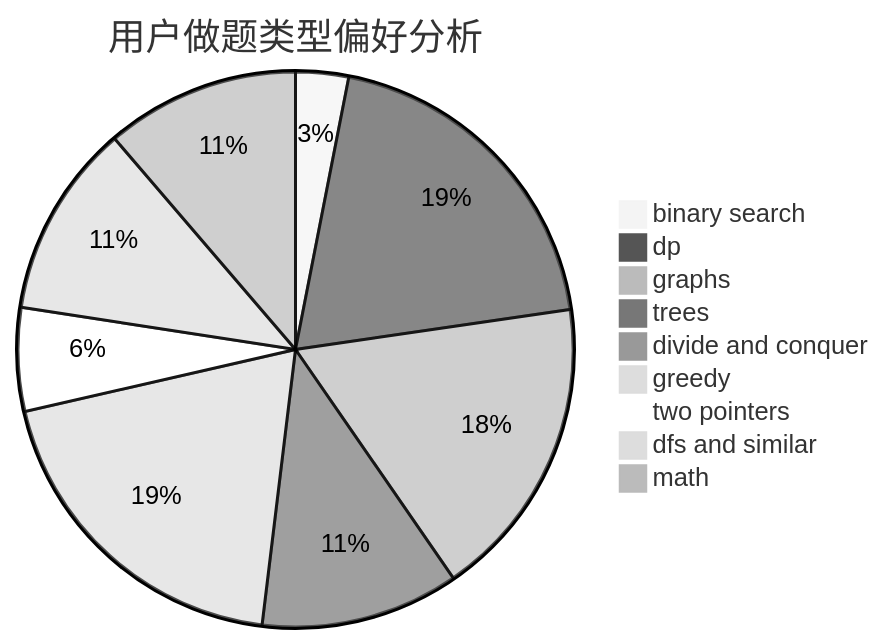
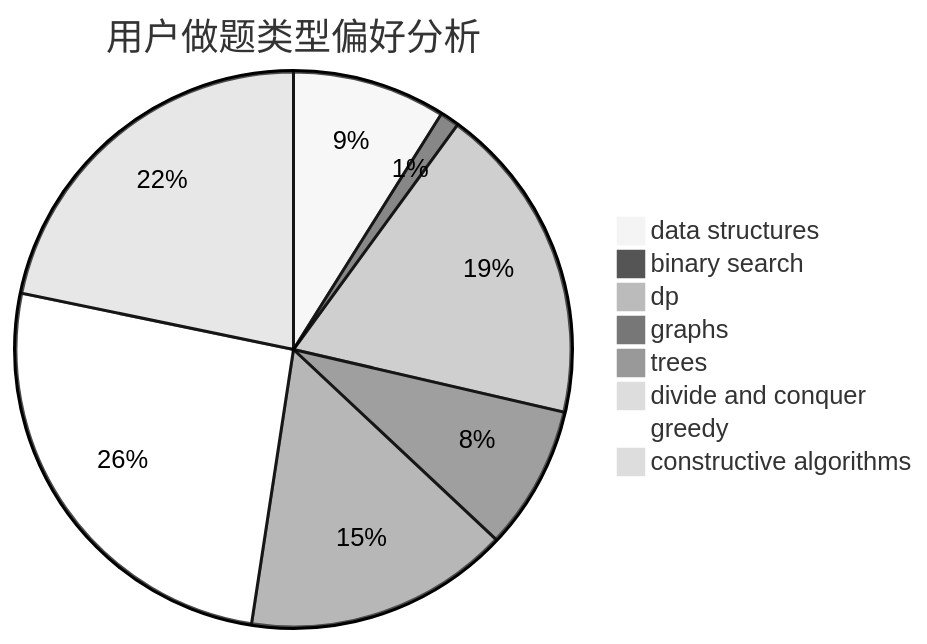
Before and after one commit to sherpahu/cfrs.github.io: the second of 3 diagrams in docs/user/u1004.md, drawn with Mermaid (neutral theme). The commit also changed other lines of this file and 2775 other files, not shown here.

````diff
--- a/docs/user/u1004.md
+++ b/docs/user/u1004.md
@@ -23,12 +23,11 @@
 ```mermaid
 pie title 用户做题类型偏好分析
-    "binary search" :  24
-    "dp" :  153
-    "graphs" :  138
-    "trees" :  90
-    "divide and conquer" :  5
-    "greedy" :  152
-    "two pointers" :  47
-    "dfs and similar" :  88
-    "math" :  88
+    "data structures" :  48
+    "binary search" :  6
+    "dp" :  100
+    "graphs" :  45
+    "trees" :  83
+    "divide and conquer" :  0
+    "greedy" :  139
+    "constructive algorithms" :  117
 ```
````
